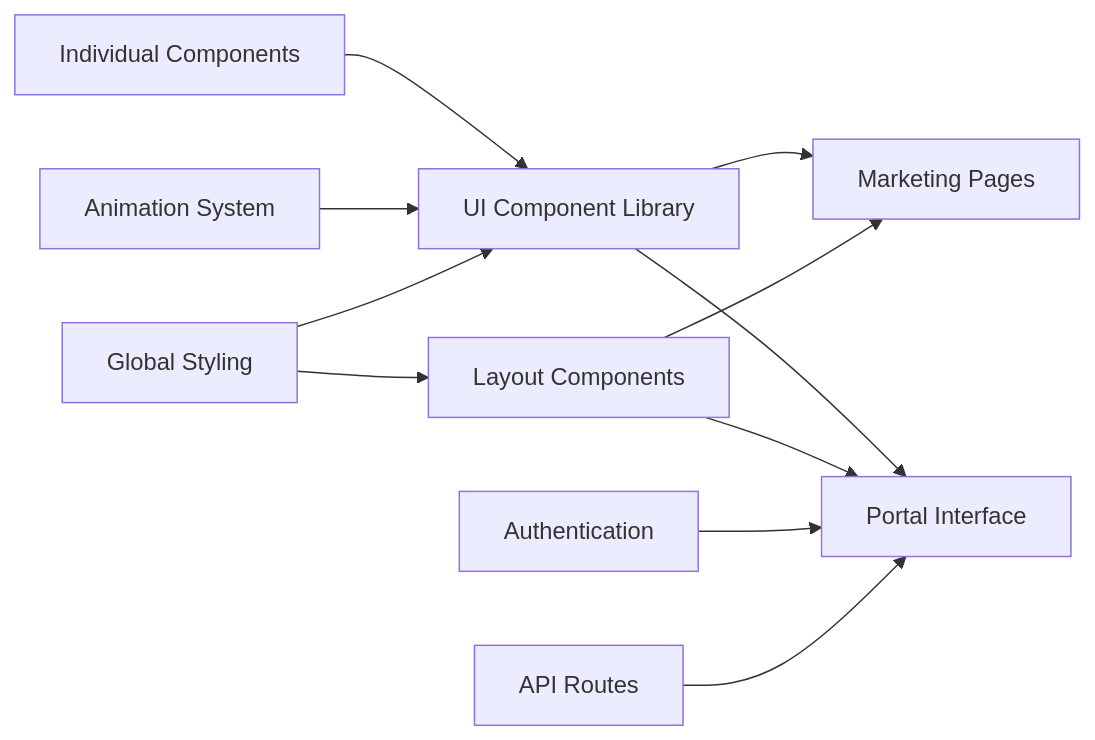
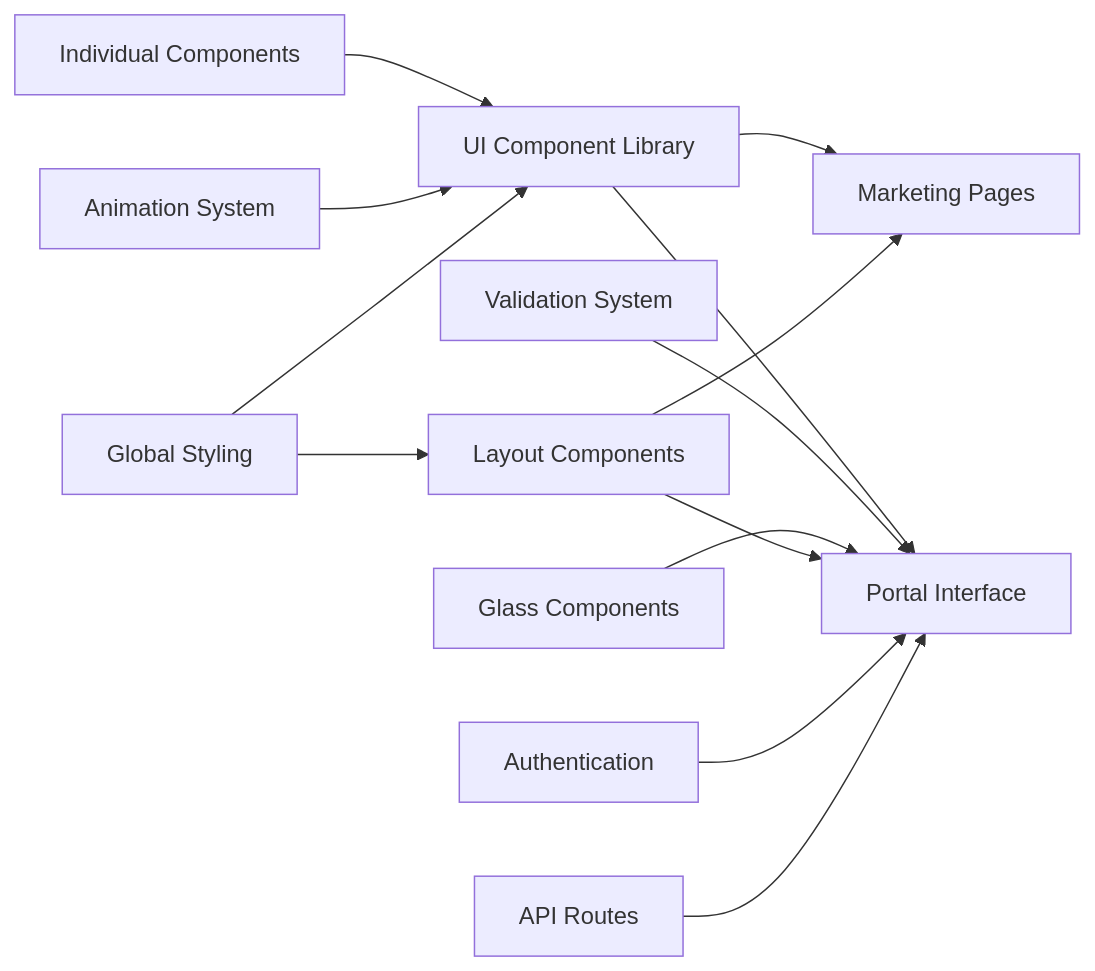
The third of 3 diagrams in .qoder/repowiki/en/content/Frontend Application/Frontend Application.md (askchiwa-spec/FLOW-HQ-BOT), drawn with Mermaid before and after one commit. The commit also changed other lines of this file and 69 other files, not shown here.

````diff
--- a/.qoder/repowiki/en/content/Frontend Application/Frontend Application.md
+++ b/.qoder/repowiki/en/content/Frontend Application/Frontend Application.md
@@ -390,13 +502,15 @@
 ```mermaid
 graph LR
 UI["UI Component Library"] --> Marketing["Marketing Pages"]
 UI --> Portal["Portal Interface"]
+Validation["Validation System"] --> Portal
+Glass["Glass Components"] --> Portal
 Layout["Layout Components"] --> Marketing
 Layout --> Portal
 Components["Individual Components"] --> UI
 Animations["Animation System"] --> UI
 Styling["Global Styling"] --> UI
 Styling --> Layout
 Auth["Authentication"] --> Portal
 API["API Routes"] --> Portal
 ```
````
